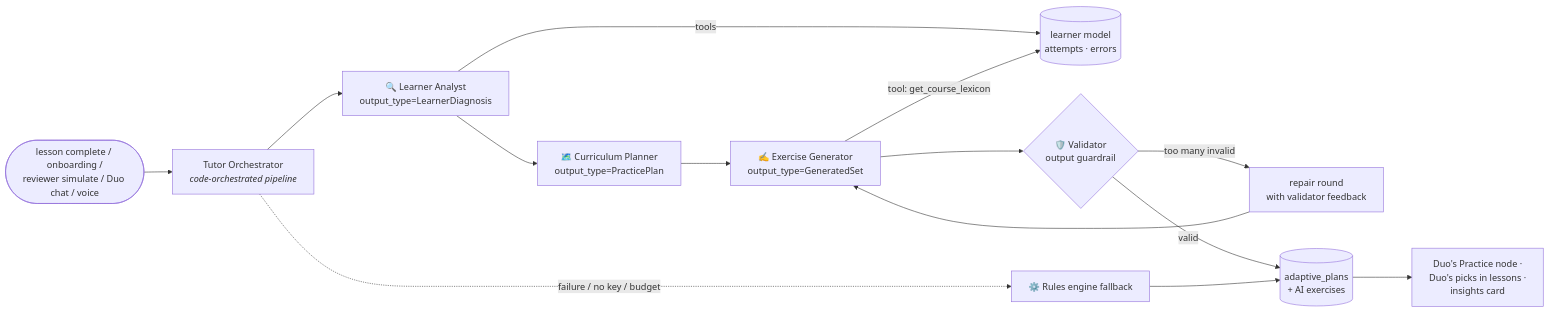
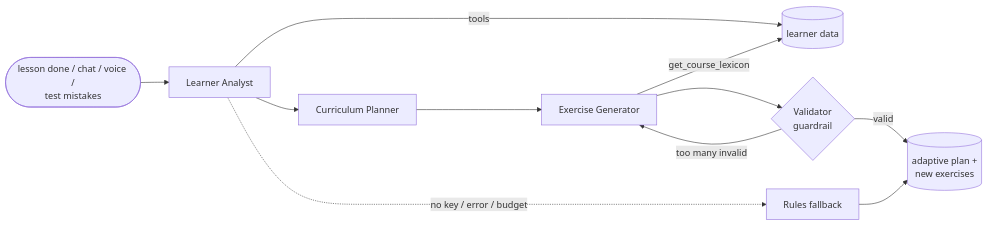
The diagram in README.md (Vishy204/duolingo-clone-ai-tutor), drawn with Mermaid before and after one commit. The commit also changed other lines of this file, not shown here.

Commit message:
README: shorter, focused on the agentic tutor

````diff
--- a/README.md
+++ b/README.md
@@ -127,16 +67,12 @@
 ```mermaid
 flowchart LR
-    T([lesson complete / onboarding /<br/>reviewer simulate / Duo chat / voice]) --> O[Tutor Orchestrator<br/><i>code-orchestrated pipeline</i>]
-    O --> A[🔍 Learner Analyst<br/>output_type=LearnerDiagnosis]
-    A -- tools --> DB[(learner model<br/>attempts · errors)]
-    A --> P[🗺️ Curriculum Planner<br/>output_type=PracticePlan]
-    P --> G[✍️ Exercise Generator<br/>output_type=GeneratedSet]
-    G -- tool: get_course_lexicon --> DB
-    G --> V{🛡️ Validator<br/>output guardrail}
-    V -- too many invalid --> R[repair round<br/>with validator feedback]
-    R --> G
-    V -- valid --> S[(adaptive_plans<br/>+ AI exercises)]
-    S --> UI[Duo's Practice node ·<br/>Duo's picks in lessons ·<br/>insights card]
-    O -. failure / no key / budget .-> F[⚙️ Rules engine fallback]
-    F --> S
+    T([lesson done / chat / voice /<br/>test mistakes]) --> A[Learner Analyst]
+    A -- tools --> DB[(learner data)]
+    A --> P[Curriculum Planner]
+    P --> G[Exercise Generator]
+    G -- get_course_lexicon --> DB
+    G --> V{Validator<br/>guardrail}
+    V -- too many invalid --> G
+    V -- valid --> S[(adaptive plan +<br/>new exercises)]
+    A -. no key / error / budget .-> F[Rules fallback] --> S
 ```
````
